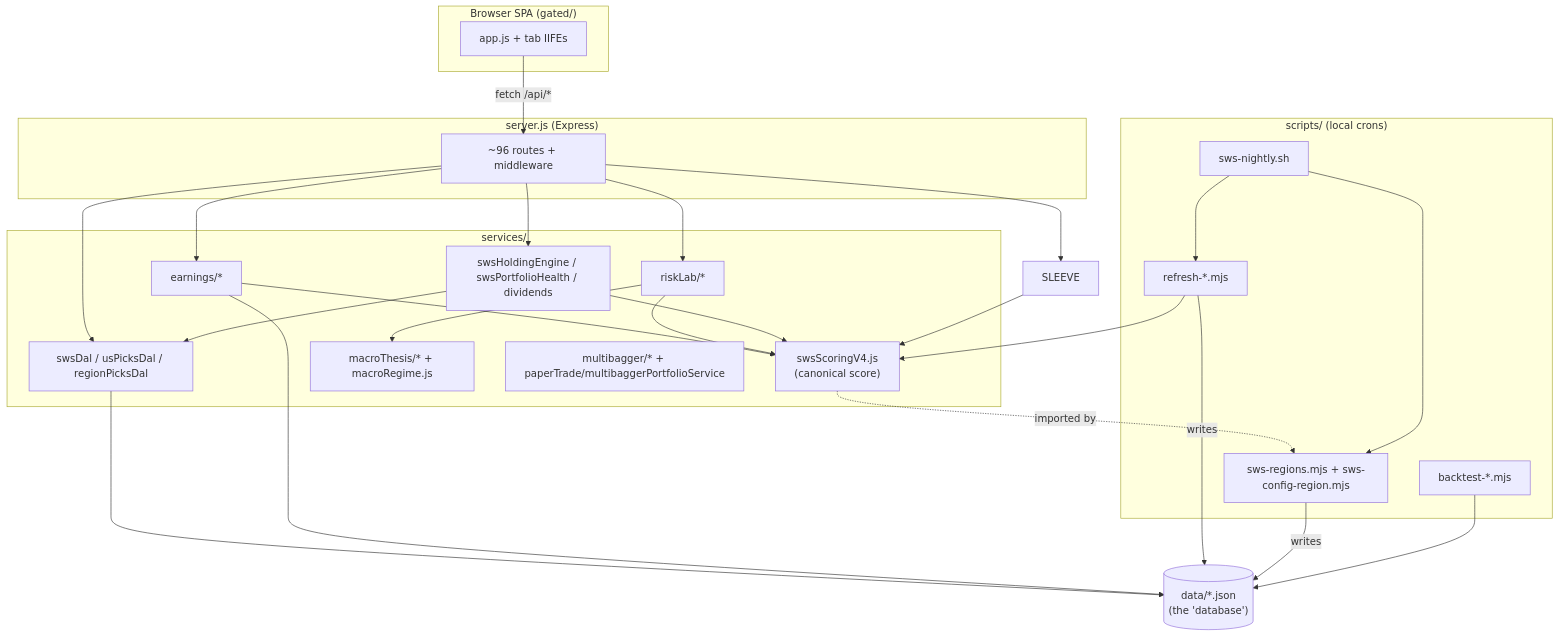
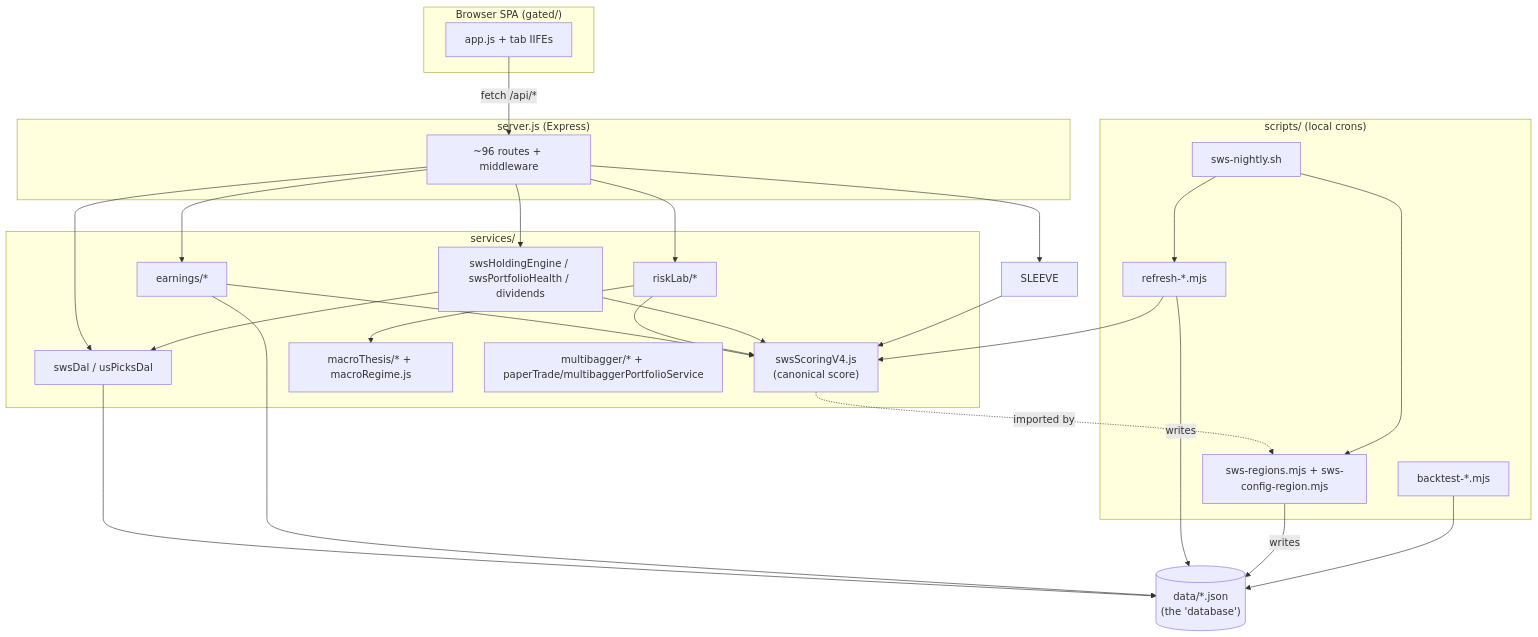
One commit to mayanktaluja/stock-platform changed the third of 3 diagrams in docs/ARCHITECTURE.md. Above: the diagram before and after it, drawn with Mermaid. The commit also changed other lines of this file and 2 other files, not shown here.

````diff
--- a/docs/ARCHITECTURE.md
+++ b/docs/ARCHITECTURE.md
@@ -685,47 +682,47 @@
 ```mermaid
 flowchart TD
   subgraph client["Browser SPA (gated/)"]
     APPJS["app.js + tab IIFEs"]
   end
   subgraph server["server.js (Express)"]
     ROUTES["~96 routes + middleware"]
   end
   subgraph svc["services/"]
     SCORE["swsScoringV4.js\n(canonical score)"]
-    DAL["swsDal / usPicksDal / regionPicksDal"]
+    DAL["swsDal / usPicksDal"]
     EARN["earnings/*"]
     RISK["riskLab/*"]
     MACRO["macroThesis/* + macroRegime.js"]
     PORT["swsHoldingEngine / swsPortfolioHealth / dividends"]
     MULTI["multibagger/* + paperTrade/multibaggerPortfolioService"]
   end
   subgraph scripts["scripts/ (local crons)"]
     NIGHTLY["sws-nightly.sh"]
     REGIONS["sws-regions.mjs + sws-config-region.mjs"]
     REFRESH["refresh-*.mjs"]
     BT["backtest-*.mjs"]
   end
   DATA[("data/*.json\n(the 'database')")]
 
   APPJS -->|fetch /api/*| ROUTES
   ROUTES --> DAL
   ROUTES --> EARN
   ROUTES --> RISK
   ROUTES --> PORT
   ROUTES --> SLEEVE
   DAL --> DATA
   EARN --> SCORE
   EARN --> DATA
   RISK --> SCORE
   RISK --> MACRO
   PORT --> SCORE
   PORT --> DAL
   SLEEVE --> SCORE
   SCORE -.imported by.-> REGIONS
   NIGHTLY --> REFRESH
   NIGHTLY --> REGIONS
   REFRESH --> SCORE
   REFRESH -->|writes| DATA
   REGIONS -->|writes| DATA
   BT --> DATA
 ```
````
